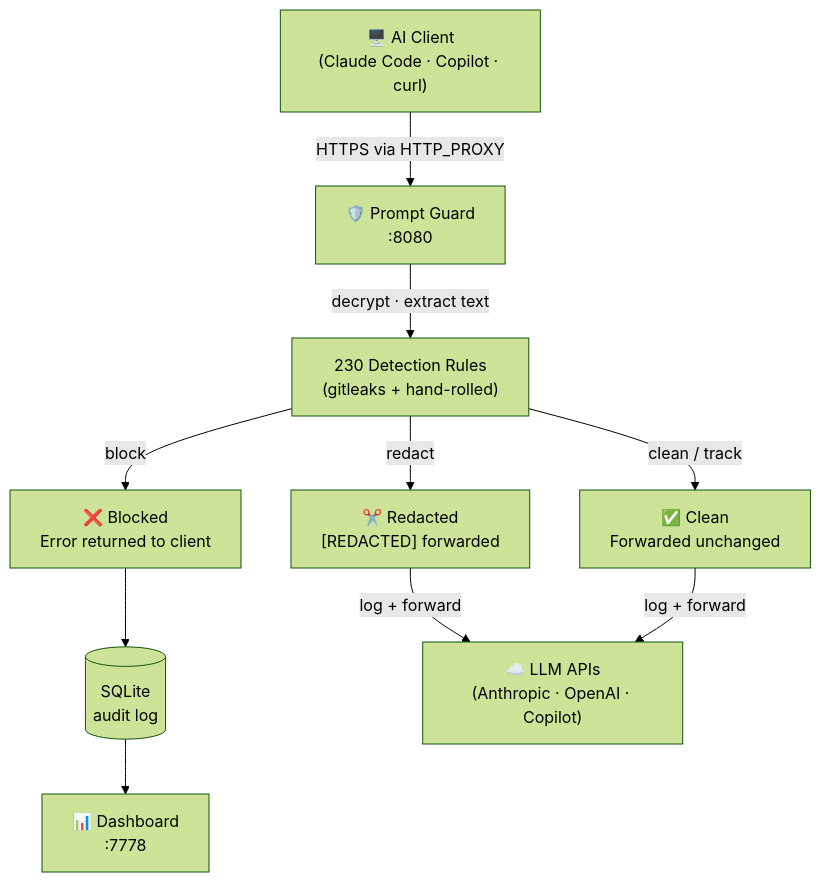
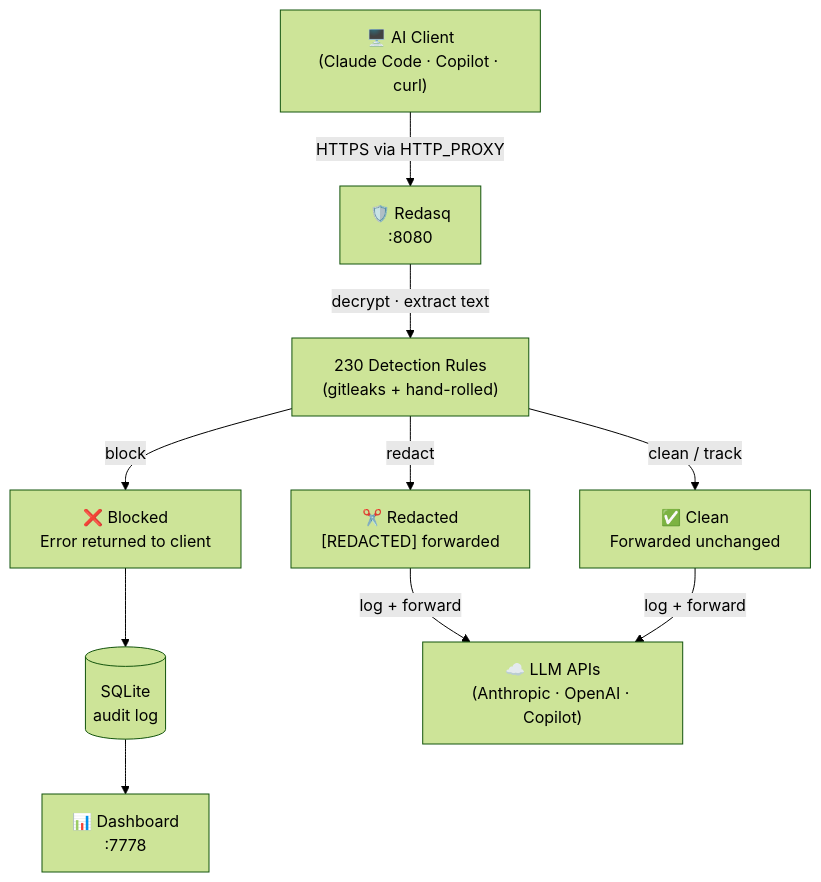
Before and after one commit to chaudharydeepak/redasq: the diagram in README.md, drawn with Mermaid (forest theme). The commit also changed other lines of this file and 11 other files, not shown here.

First line of the commit message:
rename: prompt-guard → redasq

````diff
--- a/README.md
+++ b/README.md
@@ -243,22 +243,22 @@
 ```mermaid
 flowchart TD
     Client["🖥️ AI Client\n(Claude Code · Copilot · curl)"]
-    PG["🛡️ Prompt Guard\n:8080"]
+    PG["🛡️ Redasq\n:8080"]
     Rules["230 Detection Rules\n(gitleaks + hand-rolled)"]
     DB[("SQLite\naudit log")]
     Dashboard["📊 Dashboard\n:7778"]
     LLM["☁️ LLM APIs\n(Anthropic · OpenAI · Copilot)"]
     Blocked["❌ Blocked\nError returned to client"]
     Redacted["✂️ Redacted\n[REDACTED] forwarded"]
     Clean["✅ Clean\nForwarded unchanged"]
 
     Client -->|"HTTPS via HTTP_PROXY"| PG
     PG -->|"decrypt · extract text"| Rules
     Rules -->|"block"| Blocked
     Rules -->|"redact"| Redacted
     Rules -->|"clean / track"| Clean
     Blocked --> DB
     Redacted -->|"log + forward"| LLM
     Clean -->|"log + forward"| LLM
     DB --> Dashboard
 ```
````
